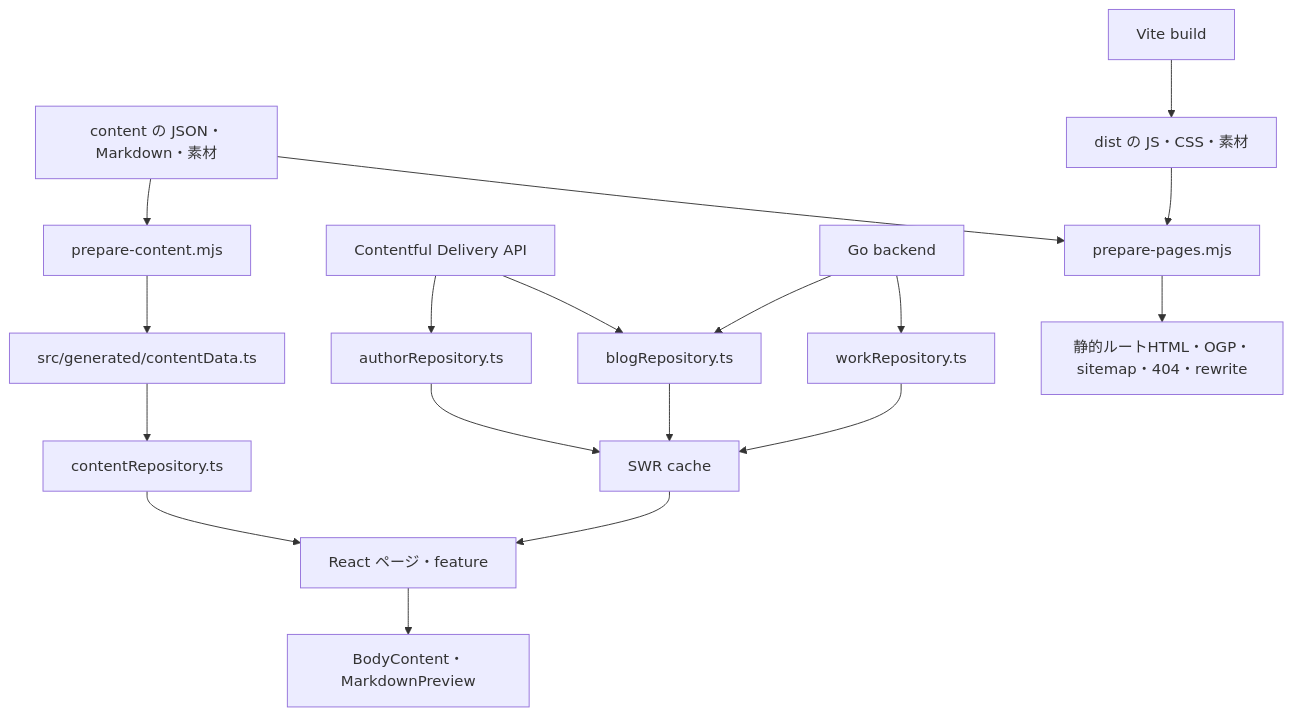
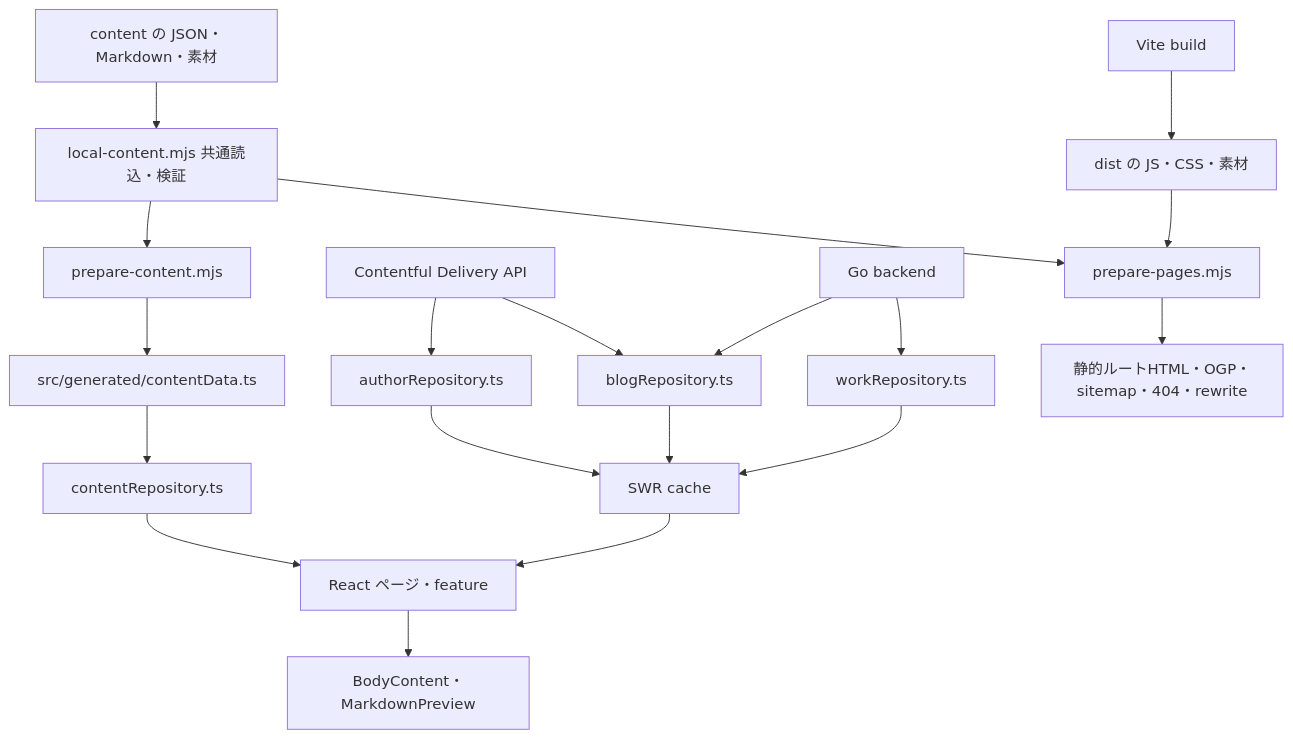
One commit to keitan1130/c3-official-website changed the diagram in docs/architecture.md. Above: the diagram before and after it, drawn with Mermaid. The commit also changed other lines of this file and 5 other files, not shown here.

````diff
--- a/docs/architecture.md
+++ b/docs/architecture.md
@@ -9,20 +9,21 @@
 ```mermaid
 flowchart TD
-  Content[content の JSON・Markdown・素材] --> Prepare[prepare-content.mjs]
+  Content[content の JSON・Markdown・素材] --> Registry[local-content.mjs 共通読込・検証]
+  Registry --> Prepare[prepare-content.mjs]
   Prepare --> Generated[src/generated/contentData.ts]
   Generated --> Local[contentRepository.ts]
   Local --> UI[React ページ・feature]
   Contentful[Contentful Delivery API] --> Authors[authorRepository.ts]
   Contentful --> Blogs[blogRepository.ts]
   Go[Go backend] --> Blogs
   Go --> Works[workRepository.ts]
   Authors --> SWR[SWR cache]
   Blogs --> SWR
   Works --> SWR
   SWR --> UI
   UI --> Markdown[BodyContent・MarkdownPreview]
   Build[Vite build] --> Dist[dist の JS・CSS・素材]
-  Content --> Pages[prepare-pages.mjs]
+  Registry --> Pages[prepare-pages.mjs]
   Dist --> Pages
   Pages --> Output[静的ルートHTML・OGP・sitemap・404・rewrite]
 ```
````
